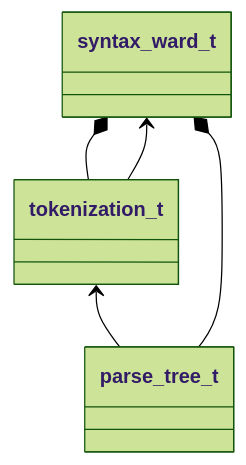
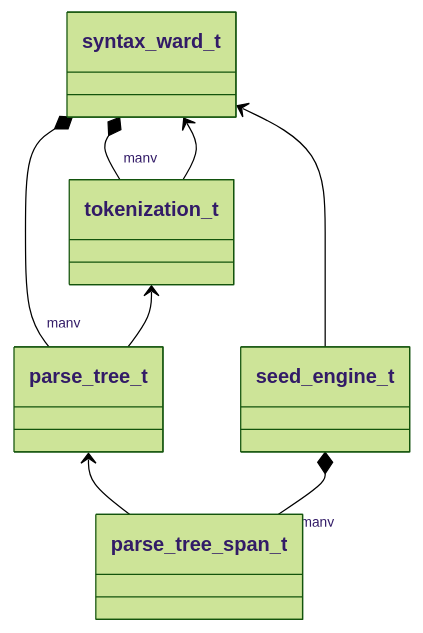
One commit to TobyBrull/silva changed the diagram in cpp/syntax/readme.md. Above: the diagram before and after it, drawn with Mermaid (forest theme).

Commit message:
update dependency diagram

````diff
--- a/cpp/syntax/readme.md
+++ b/cpp/syntax/readme.md
@@ -13,7 +13,10 @@
 ```mermaid
 classDiagram
+    syntax_ward_t *-- "many" tokenization_t
+    syntax_ward_t *-- "many" parse_tree_t
+    syntax_ward_t <-- tokenization_t
     tokenization_t <-- parse_tree_t
-    syntax_ward_t *-- tokenization_t
-    syntax_ward_t *-- parse_tree_t
-    syntax_ward_t <-- tokenization_t
+    parse_tree_t <-- parse_tree_span_t
+    seed_engine_t *-- "many" parse_tree_span_t
+    syntax_ward_t <-- seed_engine_t
 ```
````
